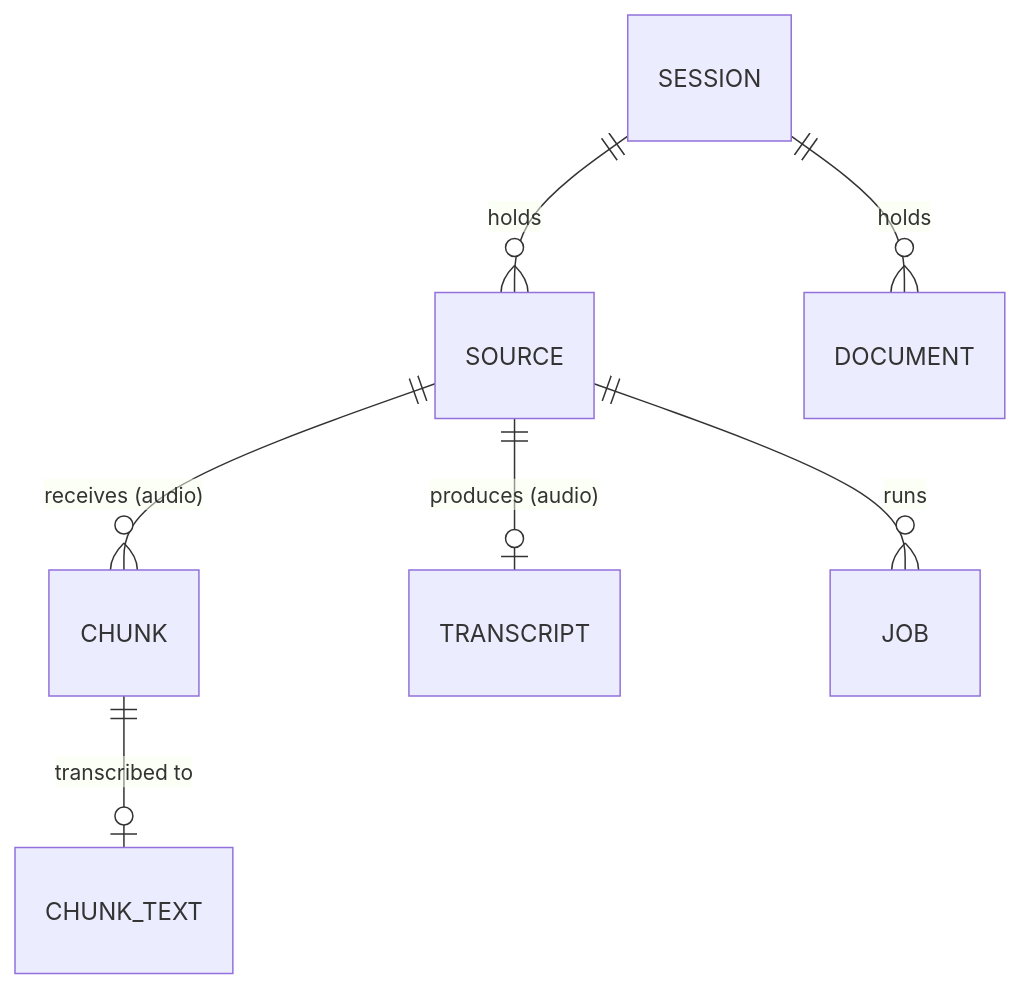
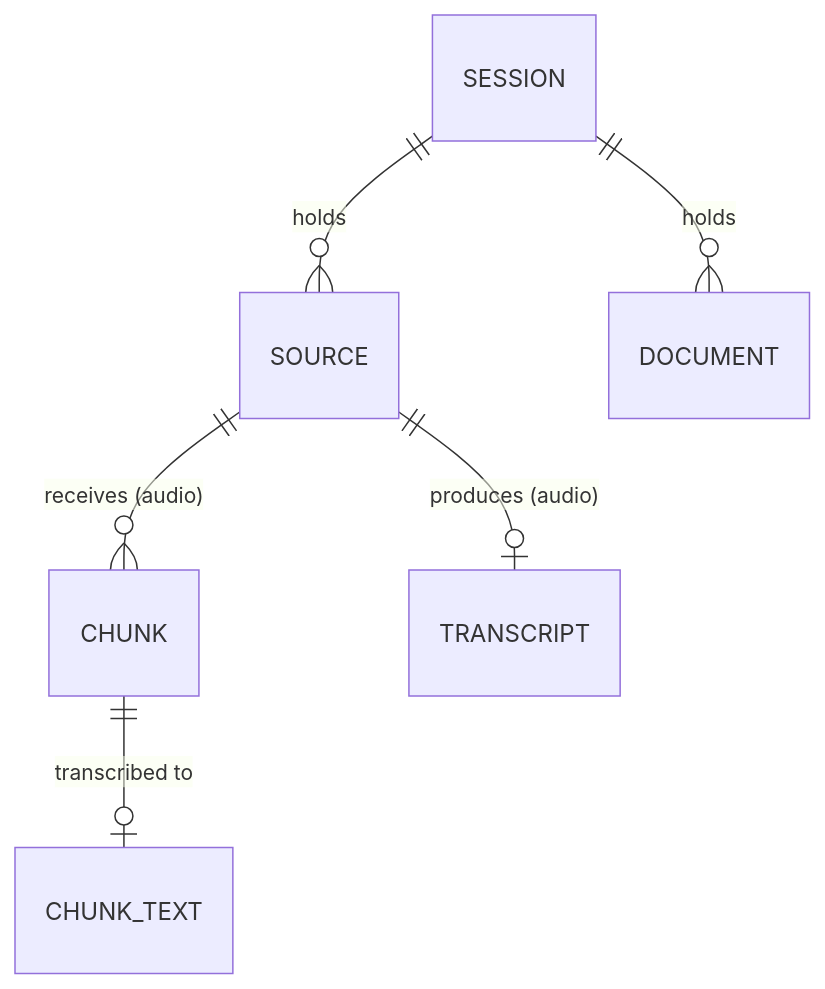
Before and after one commit to eka-care/scribeexchangeprotocol: the second of 2 diagrams in spec/02-architecture.md, drawn with Mermaid. The commit also changed other lines of this file and 7 other files, not shown here.

````diff
--- a/spec/02-architecture.md
+++ b/spec/02-architecture.md
@@ -66,9 +66,8 @@
 ```mermaid
 erDiagram
   SESSION ||--o{ SOURCE : holds
   SOURCE ||--o{ CHUNK : "receives (audio)"
   CHUNK ||--o| CHUNK_TEXT : "transcribed to"
   SOURCE ||--o| TRANSCRIPT : "produces (audio)"
   SESSION ||--o{ DOCUMENT : holds
-  SOURCE ||--o{ JOB : runs
 ```
````
